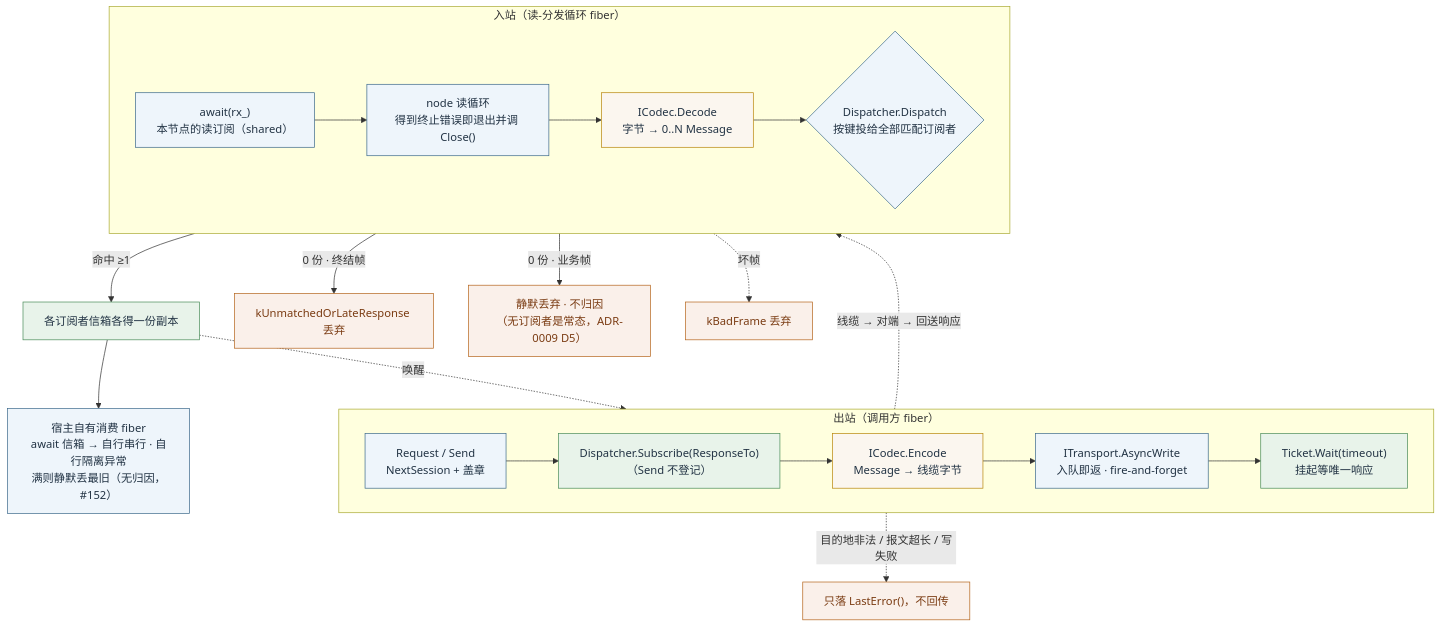
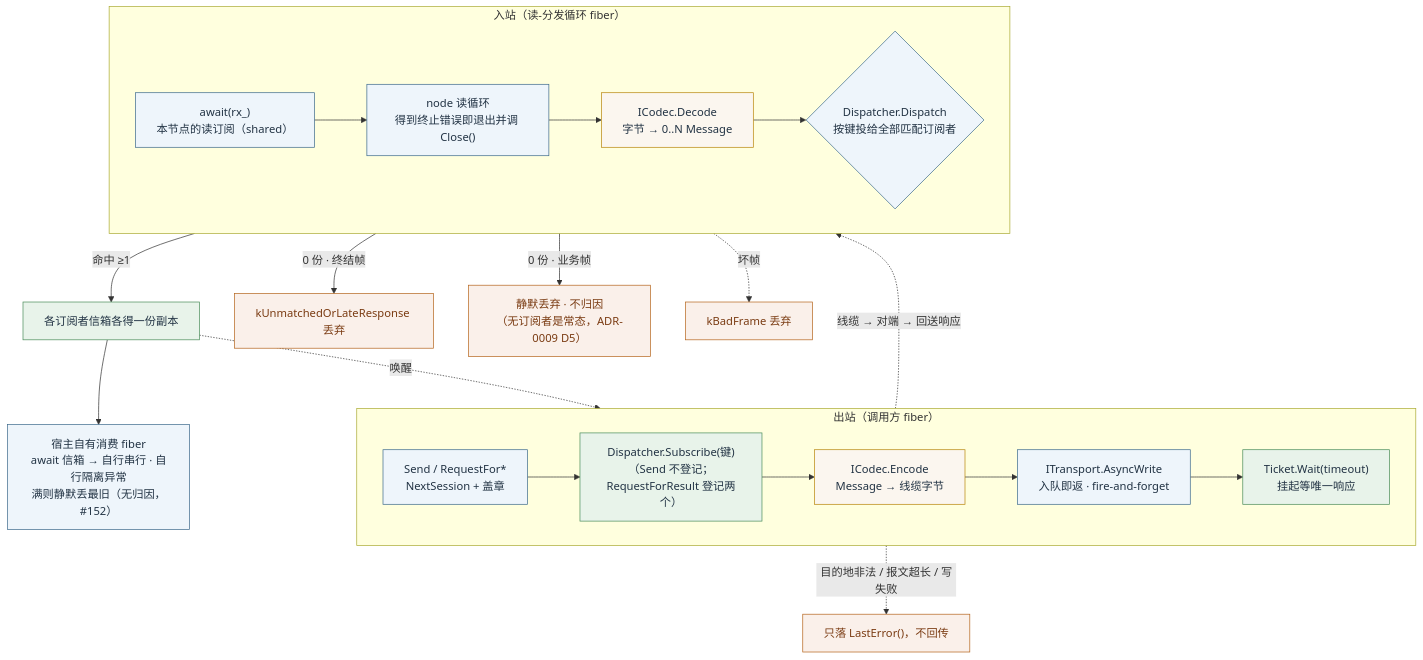
Before and after one commit to Ste7an-cs/Transport: the diagram in docs/diagrams/dataflow.mmd, drawn with Mermaid. The commit also changed 18 other files, not shown here.

First line of the commit message:
docs(sdd): 全量复核余下九张图,修正八张的过时描述并补编译面标注

```diff
--- a/docs/diagrams/dataflow.mmd
+++ b/docs/diagrams/dataflow.mmd
@@ -1,39 +1,39 @@
 flowchart TB
     subgraph OUT["出站（调用方 fiber）"]
         direction LR
-        RQ["Request / Send<br/>NextSession + 盖章"]
-        SUB["Dispatcher.Subscribe(ResponseTo)<br/>（Send 不登记）"]
+        RQ["Send / RequestFor*<br/>NextSession + 盖章"]
+        SUB["Dispatcher.Subscribe(键)<br/>（Send 不登记；RequestForResult 登记两个）"]
         ENC["ICodec.Encode<br/>Message → 线缆字节"]
         WR["ITransport.AsyncWrite<br/>入队即返 · fire-and-forget"]
         WT["Ticket.Wait(timeout)<br/>挂起等唯一响应"]
         RQ --> SUB --> ENC --> WR --> WT
     end
 
     WR -. 线缆 → 对端 → 回送响应 .-> RD
 
     subgraph IN["入站（读-分发循环 fiber）"]
         direction LR
         RD["await(rx_)<br/>本节点的读订阅（shared）"]
         SK["node 读循环<br/>得到终止错误即退出并调 Close()"]
         DEC["ICodec.Decode<br/>字节 → 0..N Message"]
         DSP{"Dispatcher.Dispatch<br/>按键投给全部匹配订阅者"}
         RD --> SK --> DEC --> DSP
     end
 
     DSP -->|命中 ≥1| RES["各订阅者信箱各得一份副本"]
     DSP -->|0 份 · 终结帧| UM["kUnmatchedOrLateResponse 丢弃"]
     DSP -->|0 份 · 业务帧| NH["静默丢弃 · 不归因<br/>（无订阅者是常态，ADR-0009 D5）"]
     RES --> HD["宿主自有消费 fiber<br/>await 信箱 → 自行串行 · 自行隔离异常<br/>满则静默丢最旧（无归因，#152）"]
     RES -. 唤醒 .-> WT
 
     DEC -.->|坏帧| BF["kBadFrame 丢弃"]
     WR -.->|目的地非法 / 报文超长 / 写失败| LE["只落 LastError()，不回传"]
 
     classDef greenC fill:#e8f3ea,stroke:#4a8c5a,color:#234;
     classDef goldC fill:#fbf6ef,stroke:#b8860b,color:#234;
     classDef blueC fill:#eef5fb,stroke:#3d6a8c,color:#234;
     classDef dropC fill:#faf0ea,stroke:#b5651d,color:#7a3b12;
     class SUB,WT,RES,BQ greenC;
     class ENC,DEC goldC;
     class RQ,WR,RD,SK,DSP,HD blueC;
     class NH,BF,UM,LE dropC;
```
